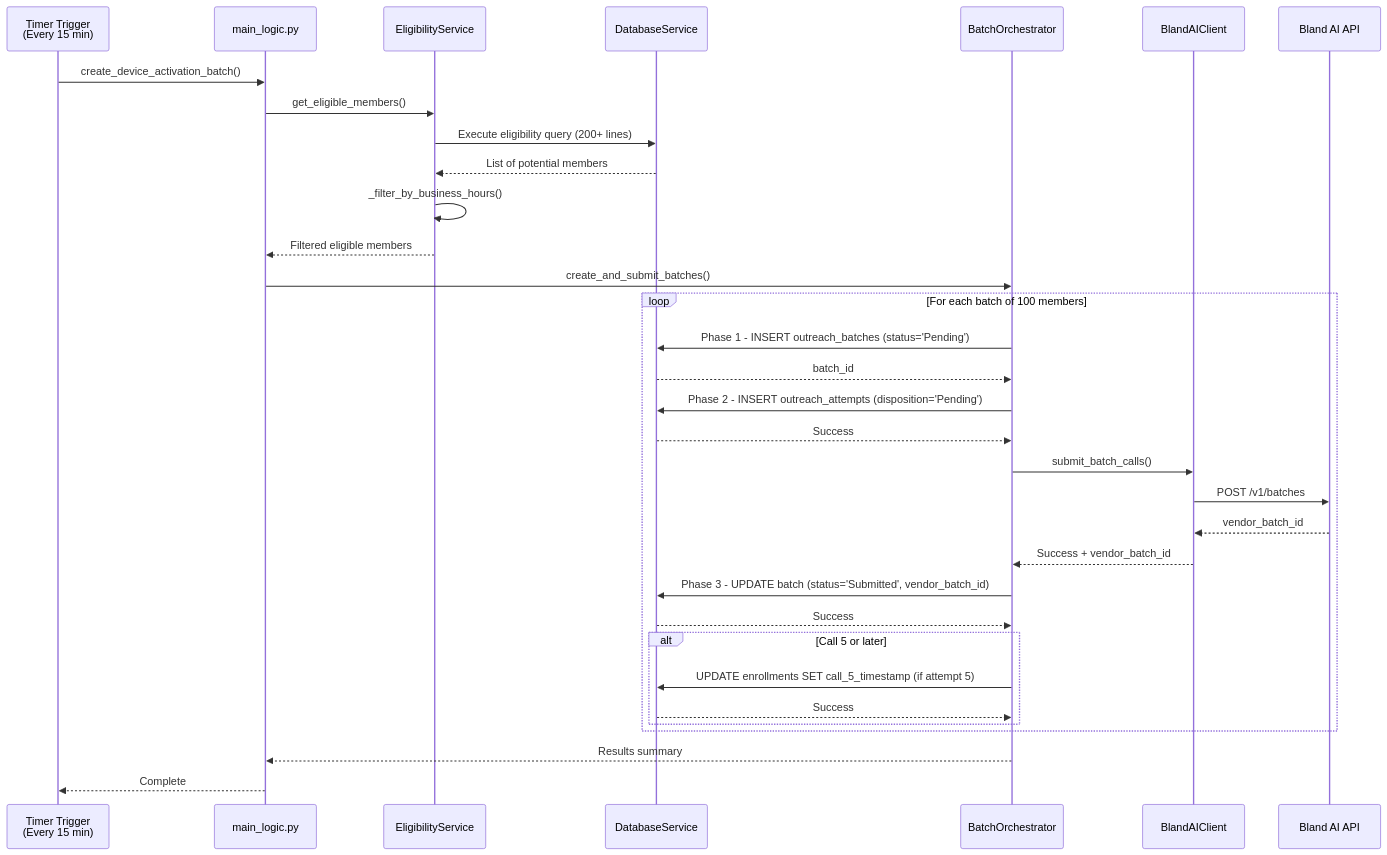
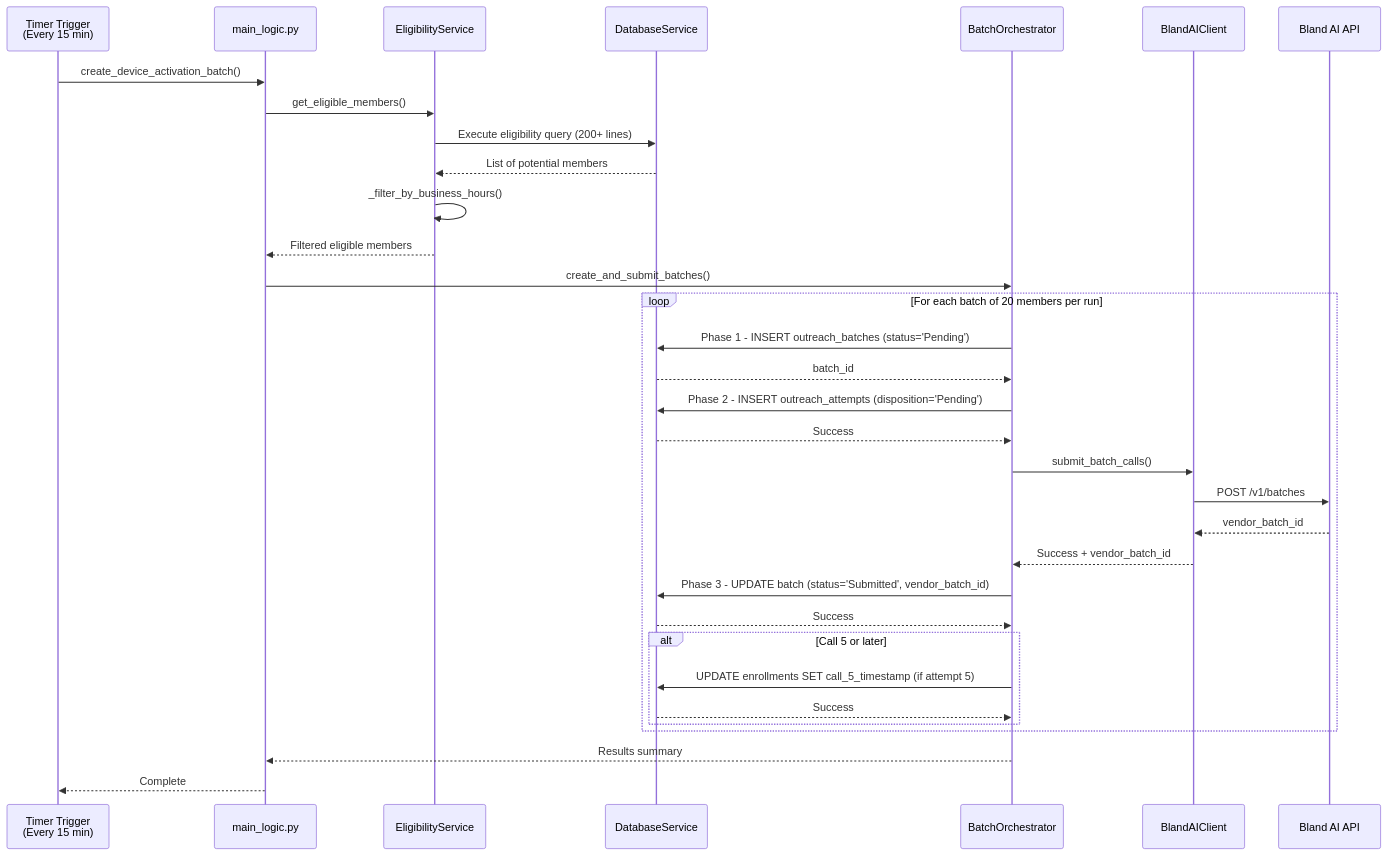
Before and after one commit to Medical-Guardian/IOE-SERVICES-DEV: the second of 5 diagrams in documentation/device_activation/FLOWS/DEVICE_ACTIVATION_DATA_FLOW.md, drawn with Mermaid. The commit also changed other lines of this file and 396 other files, not shown here.

````diff
--- a/documentation/device_activation/FLOWS/DEVICE_ACTIVATION_DATA_FLOW.md
+++ b/documentation/device_activation/FLOWS/DEVICE_ACTIVATION_DATA_FLOW.md
@@ -166,43 +169,43 @@
 ```mermaid
 sequenceDiagram
     participant Timer as Timer Trigger<br/>(Every 15 min)
     participant Main as main_logic.py
     participant Elig as EligibilityService
     participant DB as DatabaseService
     participant Batch as BatchOrchestrator
     participant Bland as BlandAIClient
     participant API as Bland AI API
 
     Timer->>Main: create_device_activation_batch()
     Main->>Elig: get_eligible_members()
     Elig->>DB: Execute eligibility query (200+ lines)
     DB-->>Elig: List of potential members
     Elig->>Elig: _filter_by_business_hours()
     Elig-->>Main: Filtered eligible members
 
     Main->>Batch: create_and_submit_batches()
 
-    loop For each batch of 100 members
+    loop For each batch of 20 members per run
         Batch->>DB: Phase 1 - INSERT outreach_batches (status='Pending')
         DB-->>Batch: batch_id
 
         Batch->>DB: Phase 2 - INSERT outreach_attempts (disposition='Pending')
         DB-->>Batch: Success
 
         Batch->>Bland: submit_batch_calls()
         Bland->>API: POST /v1/batches
         API-->>Bland: vendor_batch_id
         Bland-->>Batch: Success + vendor_batch_id
 
         Batch->>DB: Phase 3 - UPDATE batch (status='Submitted', vendor_batch_id)
         DB-->>Batch: Success
 
         alt Call 5 or later
             Batch->>DB: UPDATE enrollments SET call_5_timestamp (if attempt 5)
             DB-->>Batch: Success
         end
     end
 
     Batch-->>Main: Results summary
     Main-->>Timer: Complete
 ```
````
